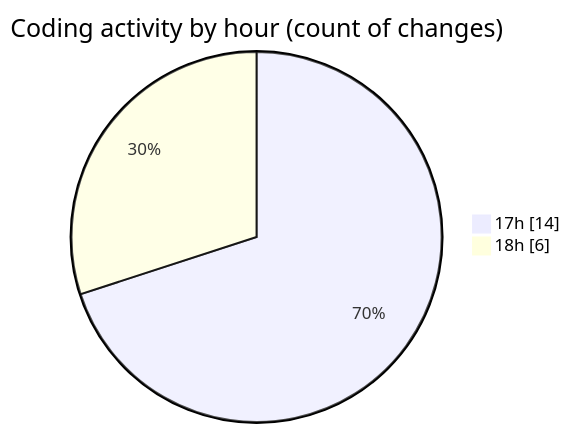
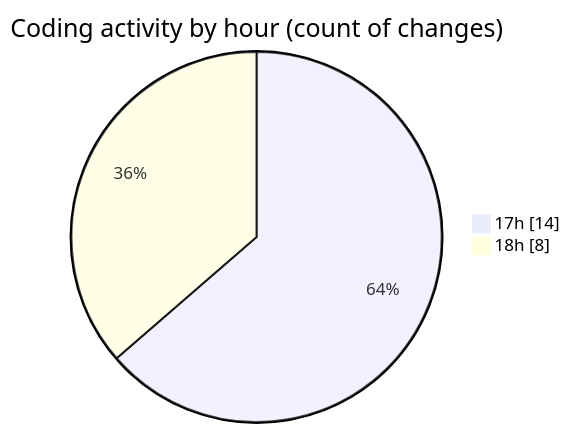
The second of 2 diagrams in 2025-10-05/lapangan-futsal/README.md (idhammustaqopulfikri/code-tracking), drawn with Mermaid before and after one commit. The commit also changed other lines of this file and 1 other file, not shown here.

````diff
--- a/2025-10-05/lapangan-futsal/README.md
+++ b/2025-10-05/lapangan-futsal/README.md
@@ -37,6 +40,6 @@
 ```mermaid
 pie showData
 title Coding activity by hour (count of changes)
 "17h" : 14
-"18h" : 6
+"18h" : 8
 ```
````
